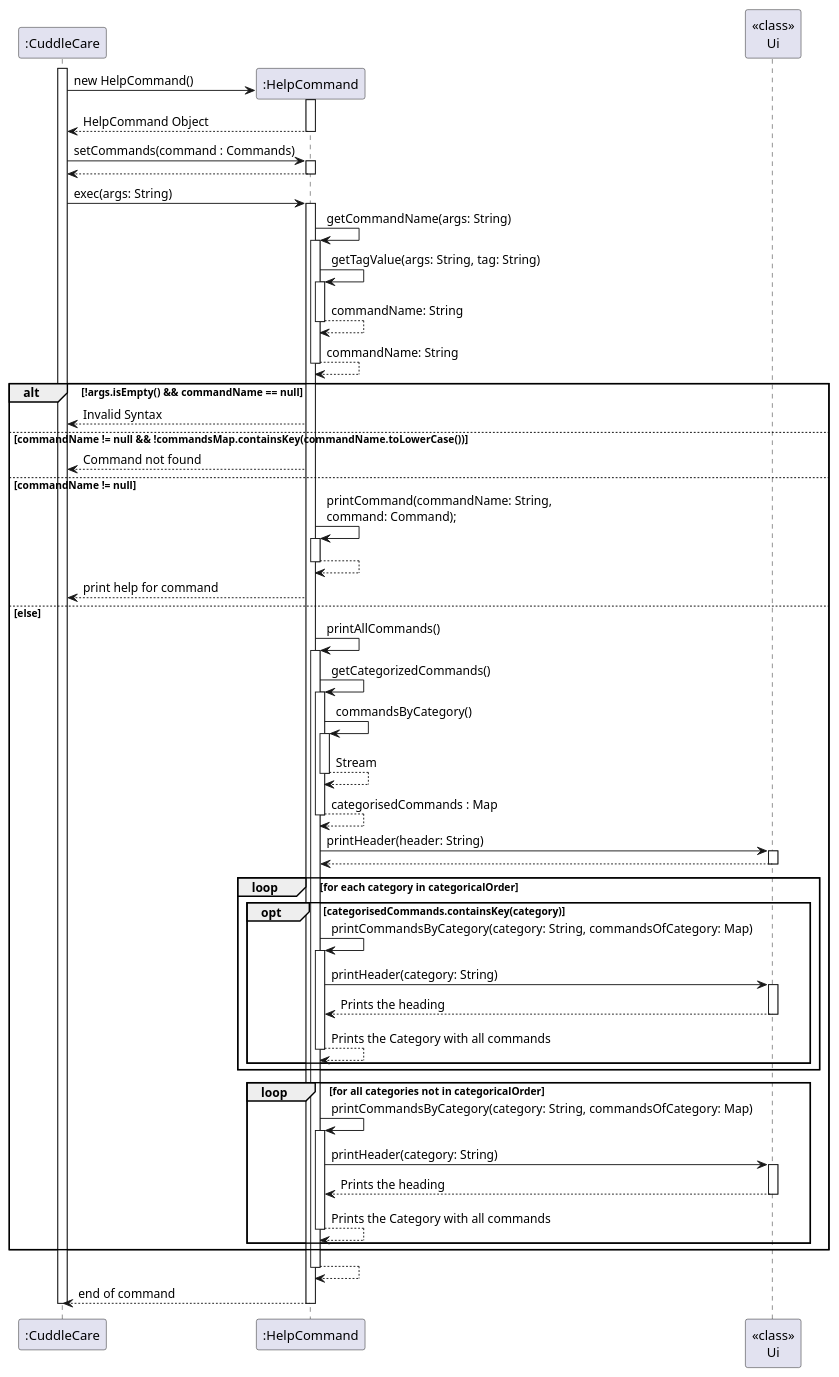
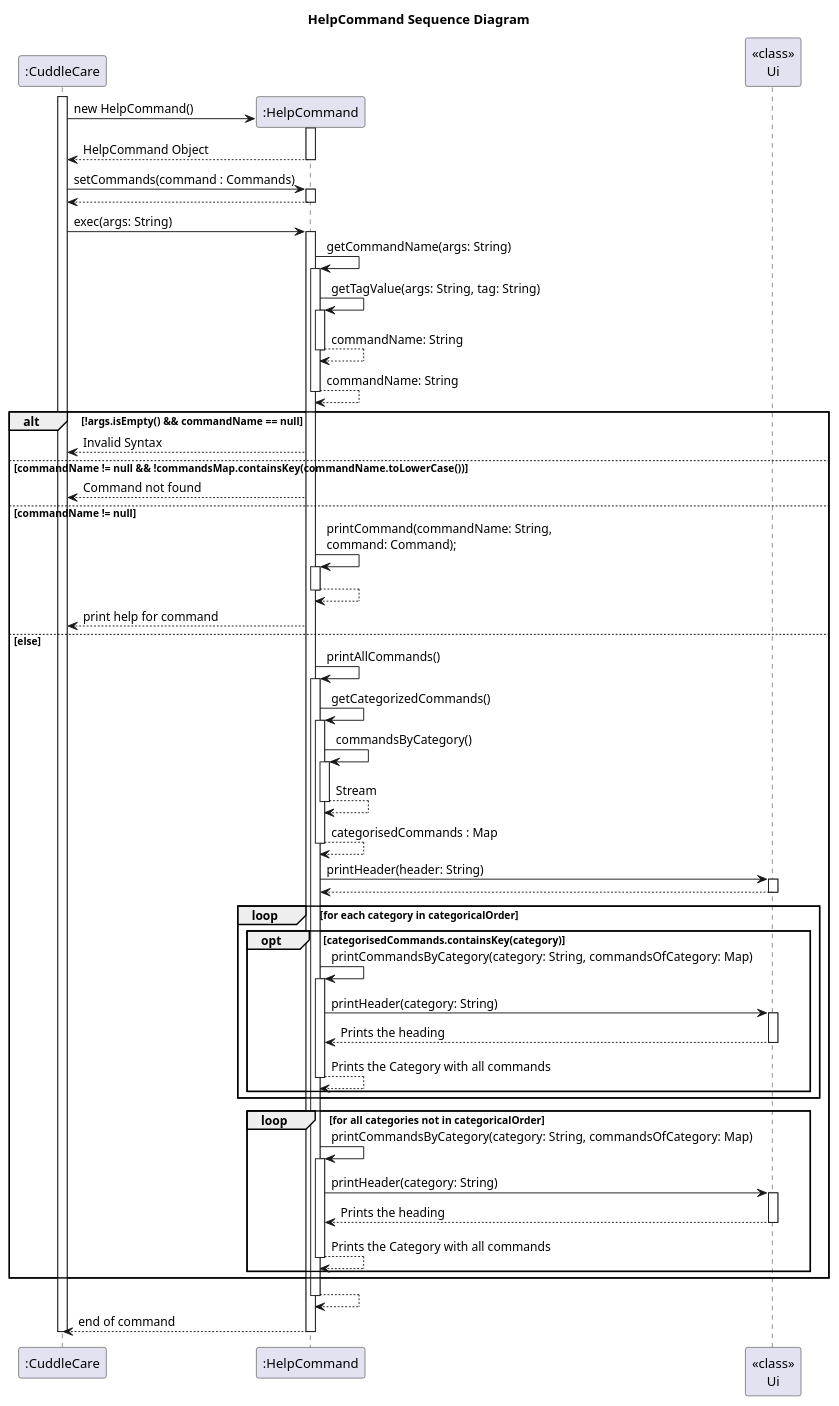
Before and after one commit to Kevin88866/tp: the diagram in docs/uml/HelpCommandSequenceDiagram.puml, drawn with PlantUML. The commit also changed 3 other files, not shown here.

Commit message:
Update the DG with Help Command

```diff
--- a/docs/uml/HelpCommandSequenceDiagram.puml
+++ b/docs/uml/HelpCommandSequenceDiagram.puml
@@ -1,98 +1,100 @@
 @startuml
+
+title HelpCommand Sequence Diagram
 
 participant ":CuddleCare" as CuddleCare
 participant ":HelpCommand" as Help
 participant "<<class>>\nUi" as Ui
 
 ' Application Activation Bar
 activate CuddleCare
 
 ' Constructor
 CuddleCare -> Help** : new HelpCommand()
 activate Help
 return HelpCommand Object
 ' End of Constructor
 
 ' Sets commands : Commands
 CuddleCare -> Help : setCommands(command : Commands)
 activate Help
 return
 
 ' Main execution of the command
 CuddleCare -> Help : exec(args: String)
 activate Help
 
     ' Get the name of the command in the argument (if any)
     Help -> Help : getCommandName(args: String)
     activate Help
 
         ' Get the name using another method
         Help -> Help : getTagValue(args: String, tag: String)
         activate Help
         return commandName: String
 
     return commandName: String
 
     ' if args is not empty and command name is null
     alt !args.isEmpty() && commandName == null
         Help --> CuddleCare : Invalid Syntax
 
     ' if the command name is not null, and the commandName is invalid
     else commandName != null && !commandsMap.containsKey(commandName.toLowerCase())
         Help --> CuddleCare : Command not found
 
     ' if commandName was provided (and it exists)
     else commandName != null
         Help -> Help : printCommand(commandName: String, \ncommand: Command);
         activate Help
         return
         Help --> CuddleCare : print help for command
 
     ' if no args were provided
     else else
         Help -> Help : printAllCommands()
         activate Help
 
             ' Filters commands into categories
             Help -> Help : getCategorizedCommands()
             activate Help
                 Help -> Help : commandsByCategory()
                 activate Help
 
                 return Stream
             return categorisedCommands : Map
 
         Help -> Ui : printHeader(header: String)
         activate Ui
         return
 
         loop for each category in categoricalOrder
             opt categorisedCommands.containsKey(category)
                 Help -> Help : printCommandsByCategory(category: String, commandsOfCategory: Map)
                 activate Help
                     Help -> Ui : printHeader(category: String)
                     activate Ui
                     return Prints the heading
                 return Prints the Category with all commands
             end
         end
 
         loop for all categories not in categoricalOrder
             Help -> Help : printCommandsByCategory(category: String, commandsOfCategory: Map)
             activate Help
                 Help -> Ui : printHeader(category: String)
                 activate Ui
                 return Prints the heading
             return Prints the Category with all commands
         end
 
     end
 
 return
 
 return end of command
 
 deactivate CuddleCare
 ' End of Activation Bar for the application
 
 @enduml
```
